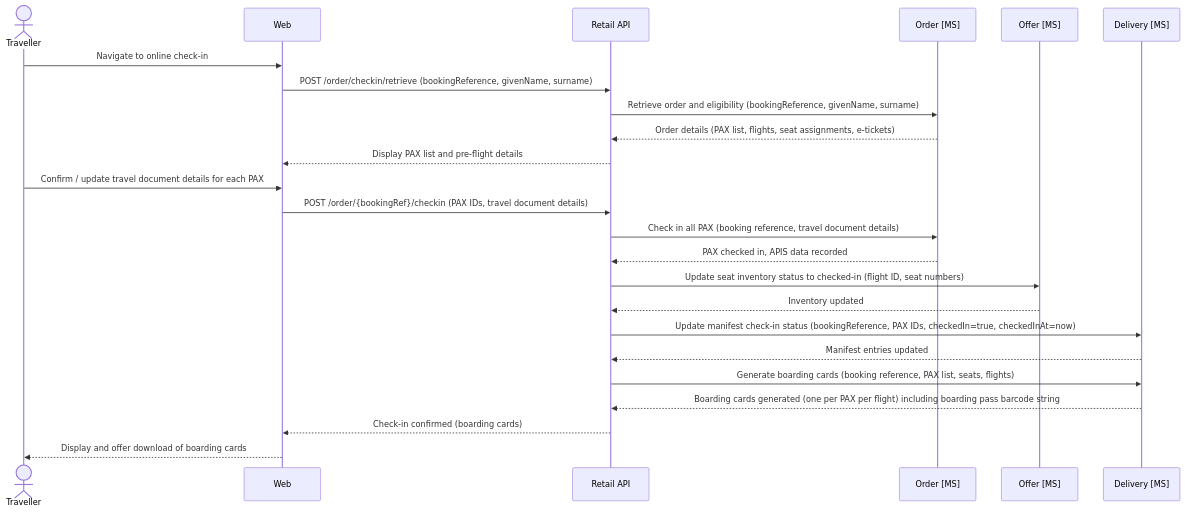
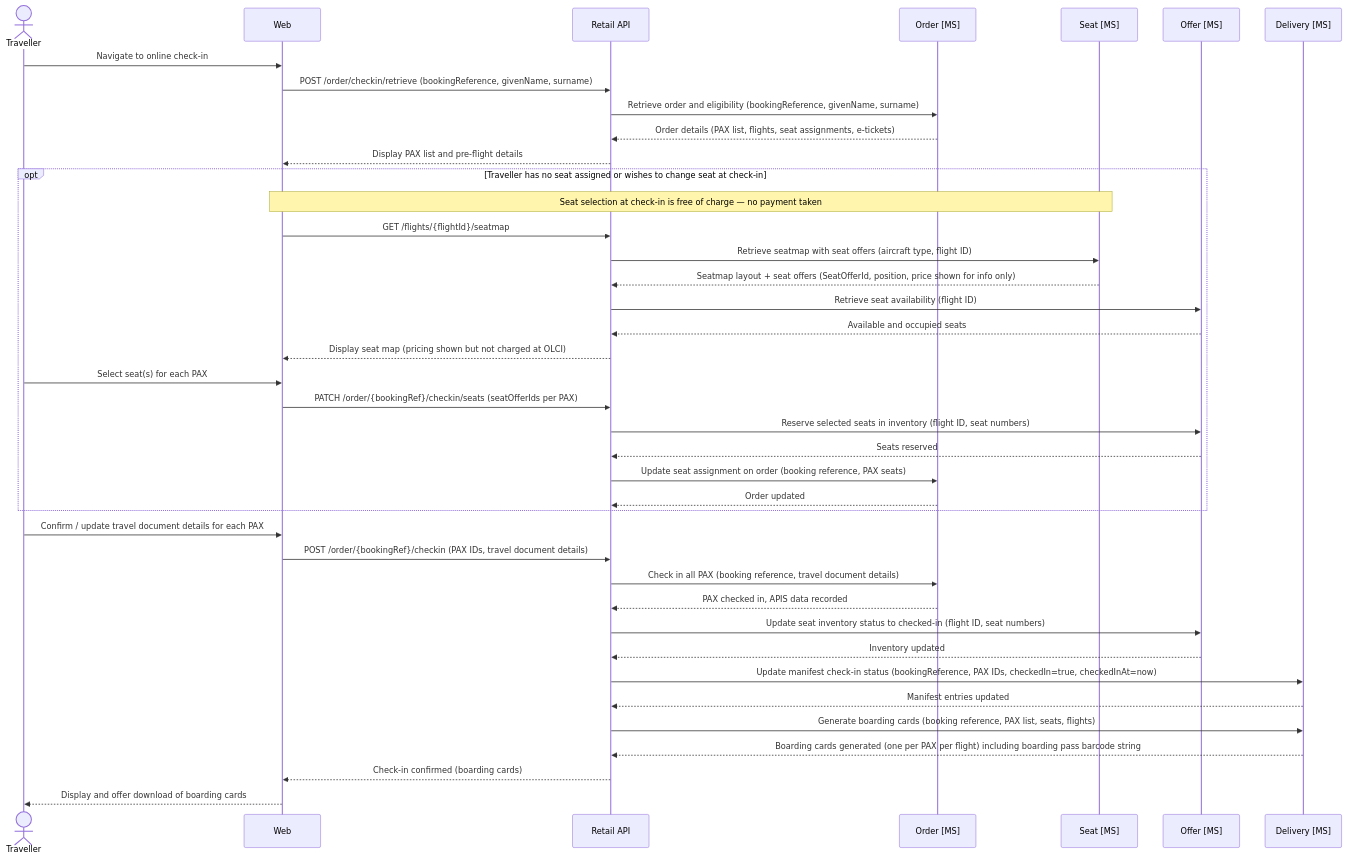
Before and after one commit to sebharvey/airline-reservation-system: the seventh of 8 diagrams in architecture/design.md, drawn with Mermaid. The commit also changed other lines of this file, not shown here.

First line of the commit message:
Enhance payment and seat management descriptions

````diff
--- a/architecture/design.md
+++ b/architecture/design.md
@@ -588,35 +739,52 @@
 ```mermaid
 sequenceDiagram
     actor Traveller
     participant Web
     participant RetailAPI as Retail API
     participant OrderMS as Order [MS]
+    participant SeatMS as Seat [MS]
     participant OfferMS as Offer [MS]
     participant DeliveryMS as Delivery [MS]
 
     Traveller->>Web: Navigate to online check-in
 
     Web->>RetailAPI: POST /order/checkin/retrieve (bookingReference, givenName, surname)
     RetailAPI->>OrderMS: Retrieve order and eligibility (bookingReference, givenName, surname)
     OrderMS-->>RetailAPI: Order details (PAX list, flights, seat assignments, e-tickets)
     RetailAPI-->>Web: Display PAX list and pre-flight details
+
+    opt Traveller has no seat assigned or wishes to change seat at check-in
+        Note over Web, SeatMS: Seat selection at check-in is free of charge — no payment taken
+        Web->>RetailAPI: GET /flights/{flightId}/seatmap
+        RetailAPI->>SeatMS: Retrieve seatmap with seat offers (aircraft type, flight ID)
+        SeatMS-->>RetailAPI: Seatmap layout + seat offers (SeatOfferId, position, price shown for info only)
+        RetailAPI->>OfferMS: Retrieve seat availability (flight ID)
+        OfferMS-->>RetailAPI: Available and occupied seats
+        RetailAPI-->>Web: Display seat map (pricing shown but not charged at OLCI)
+        Traveller->>Web: Select seat(s) for each PAX
+        Web->>RetailAPI: PATCH /order/{bookingRef}/checkin/seats (seatOfferIds per PAX)
+        RetailAPI->>OfferMS: Reserve selected seats in inventory (flight ID, seat numbers)
+        OfferMS-->>RetailAPI: Seats reserved
+        RetailAPI->>OrderMS: Update seat assignment on order (booking reference, PAX seats)
+        OrderMS-->>RetailAPI: Order updated
+    end
 
     Traveller->>Web: Confirm / update travel document details for each PAX
 
     Web->>RetailAPI: POST /order/{bookingRef}/checkin (PAX IDs, travel document details)
 
     RetailAPI->>OrderMS: Check in all PAX (booking reference, travel document details)
     OrderMS-->>RetailAPI: PAX checked in, APIS data recorded
 
     RetailAPI->>OfferMS: Update seat inventory status to checked-in (flight ID, seat numbers)
     OfferMS-->>RetailAPI: Inventory updated
 
     RetailAPI->>DeliveryMS: Update manifest check-in status (bookingReference, PAX IDs, checkedIn=true, checkedInAt=now)
     DeliveryMS-->>RetailAPI: Manifest entries updated
 
     RetailAPI->>DeliveryMS: Generate boarding cards (booking reference, PAX list, seats, flights)
     DeliveryMS-->>RetailAPI: Boarding cards generated (one per PAX per flight) including boarding pass barcode string
 
     RetailAPI-->>Web: Check-in confirmed (boarding cards)
     Web-->>Traveller: Display and offer download of boarding cards
 ```
````
